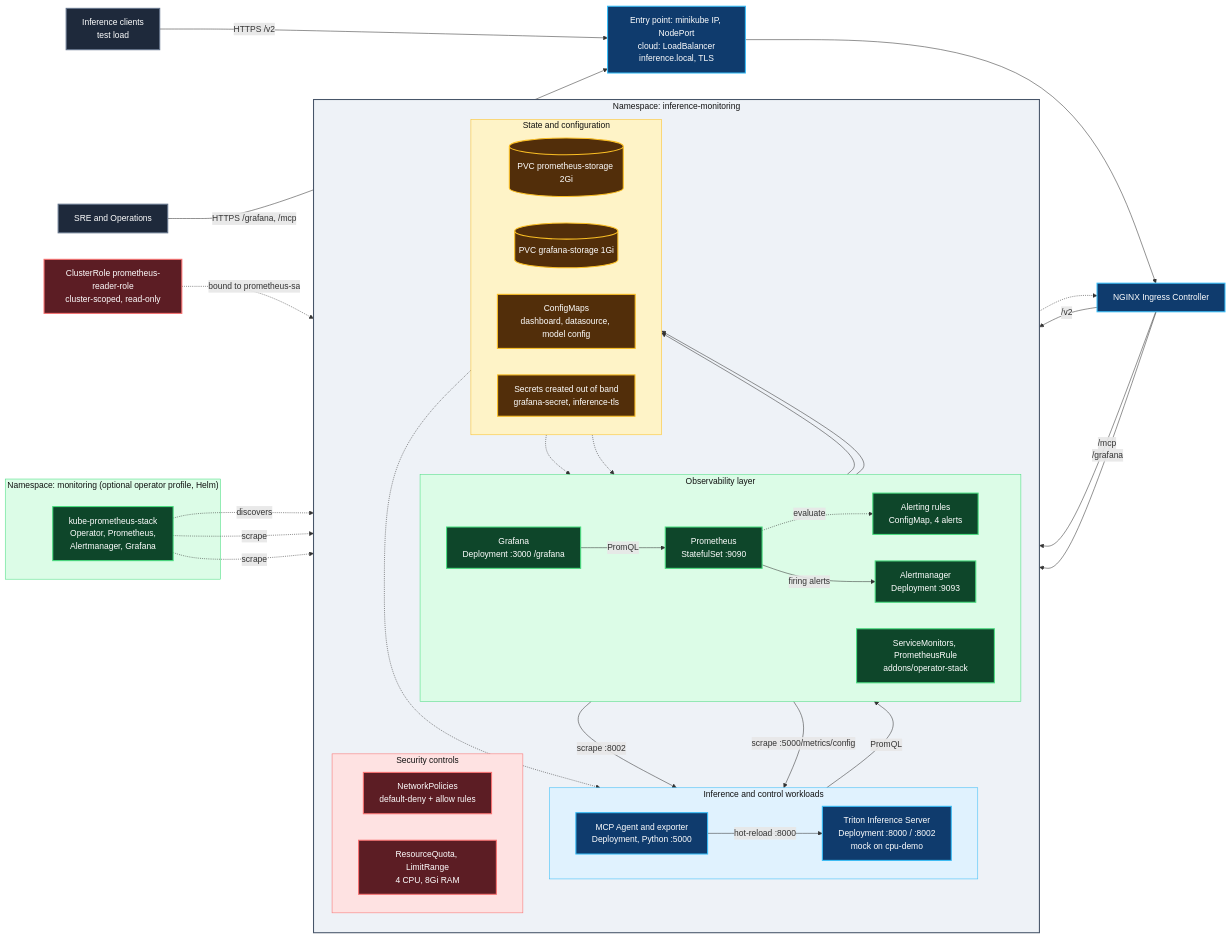
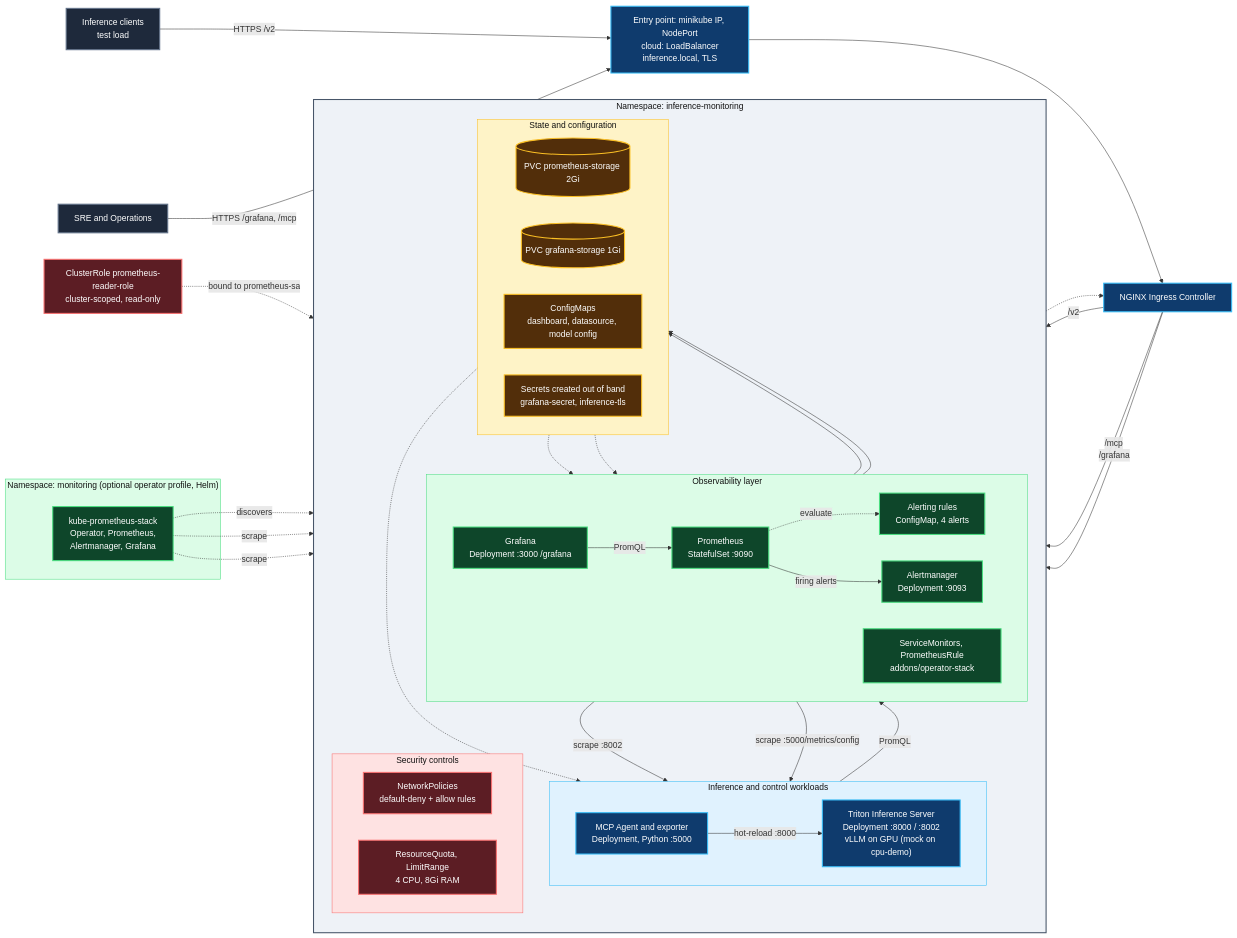
One commit to Shengan01/Inference-Server changed the first of 2 diagrams in README.md. Above: the diagram before and after it, drawn with Mermaid. The commit also changed other lines of this file and 30 other files, not shown here.

First line of the commit message:
GPU evidence: report with real Triton + vLLM on the host GPU

````diff
--- a/README.md
+++ b/README.md
@@ -32,81 +32,81 @@
 ```mermaid
 flowchart LR
     classDef client fill:#1e293b,stroke:#64748b,stroke-width:2px,color:#ffffff;
     classDef k8s fill:#0f3b6d,stroke:#38bdf8,stroke-width:2px,color:#ffffff;
     classDef obs fill:#0e462a,stroke:#4ade80,stroke-width:2px,color:#ffffff;
     classDef sec fill:#5c1d24,stroke:#f87171,stroke-width:2px,color:#ffffff;
     classDef storage fill:#522e0a,stroke:#fbbf24,stroke-width:2px,color:#ffffff;
 
     USER["Inference clients<br/>test load"]:::client
     ADMIN["SRE and Operations"]:::client
     LB["Entry point: minikube IP, NodePort<br/>cloud: LoadBalancer<br/>inference.local, TLS"]:::k8s
     ING["NGINX Ingress Controller"]:::k8s
 
     subgraph Cluster ["Namespace: inference-monitoring"]
         direction TB
         subgraph Workloads ["Inference and control workloads"]
             direction LR
-            TRITON["Triton Inference Server<br/>Deployment :8000 / :8002<br/>mock on cpu-demo"]:::k8s
+            TRITON["Triton Inference Server<br/>Deployment :8000 / :8002<br/>vLLM on GPU (mock on cpu-demo)"]:::k8s
             AGENT["MCP Agent and exporter<br/>Deployment, Python :5000"]:::k8s
         end
         subgraph Observability ["Observability layer"]
             direction LR
             PROM["Prometheus<br/>StatefulSet :9090"]:::obs
             RULES["Alerting rules<br/>ConfigMap, 4 alerts"]:::obs
             AM["Alertmanager<br/>Deployment :9093"]:::obs
             GRAF["Grafana<br/>Deployment :3000 /grafana"]:::obs
             SM["ServiceMonitors, PrometheusRule<br/>addons/operator-stack"]:::obs
         end
         subgraph State ["State and configuration"]
             direction LR
             PVC1[("PVC prometheus-storage 2Gi")]:::storage
             PVC2[("PVC grafana-storage 1Gi")]:::storage
             CM["ConfigMaps<br/>dashboard, datasource, model config"]:::storage
             SEC["Secrets created out of band<br/>grafana-secret, inference-tls"]:::storage
         end
         subgraph Security ["Security controls"]
             direction LR
             NP["NetworkPolicies<br/>default-deny + allow rules"]:::sec
             QUOTA["ResourceQuota, LimitRange<br/>4 CPU, 8Gi RAM"]:::sec
         end
     end
 
     CR["ClusterRole prometheus-reader-role<br/>cluster-scoped, read-only"]:::sec
 
     subgraph Operator ["Namespace: monitoring (optional operator profile, Helm)"]
         KPS["kube-prometheus-stack<br/>Operator, Prometheus,<br/>Alertmanager, Grafana"]:::obs
     end
 
     USER -->|HTTPS /v2| LB
     ADMIN -->|HTTPS /grafana, /mcp| LB
     LB --> ING
     ING -->|/v2| TRITON
     ING -->|/mcp| AGENT
     ING -->|/grafana| GRAF
 
     PROM -->|scrape :8002| TRITON
     PROM -->|scrape :5000/metrics/config| AGENT
     PROM -.->|evaluate| RULES
     PROM -->|firing alerts| AM
     GRAF -->|PromQL| PROM
     AGENT -->|PromQL| PROM
     AGENT -->|hot-reload :8000| TRITON
 
     PROM --> PVC1
     GRAF --> PVC2
     CM -.-> GRAF
     CM -.-> AGENT
     SEC -.-> GRAF
     SEC -.-> ING
     CR -.->|bound to prometheus-sa| PROM
     KPS -.->|discovers| SM
     KPS -.->|scrape| TRITON
     KPS -.->|scrape| AGENT
 
     style Cluster fill:#eef2f7,stroke:#475569,stroke-width:2px,color:#111111
     style Workloads fill:#e0f2fe,stroke:#38bdf8,color:#111111
     style Observability fill:#dcfce7,stroke:#4ade80,color:#111111
     style State fill:#fef3c7,stroke:#fbbf24,color:#111111
     style Security fill:#fee2e2,stroke:#f87171,color:#111111
     style Operator fill:#dcfce7,stroke:#4ade80,color:#111111
 ```
````
